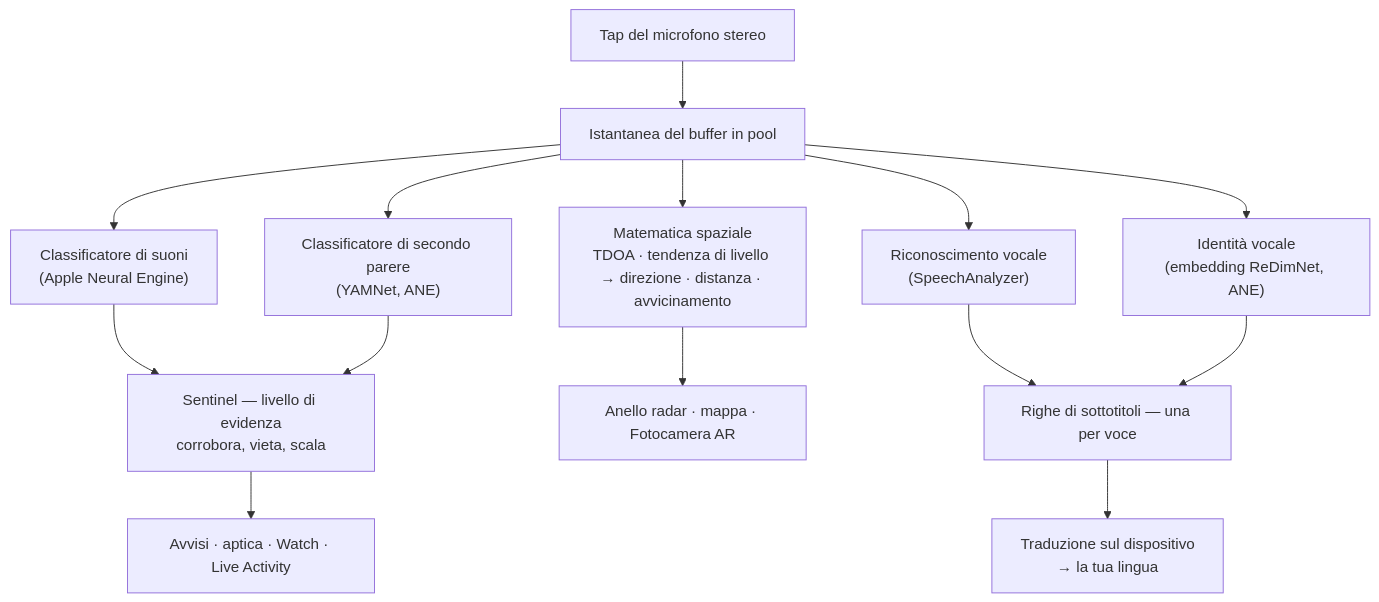
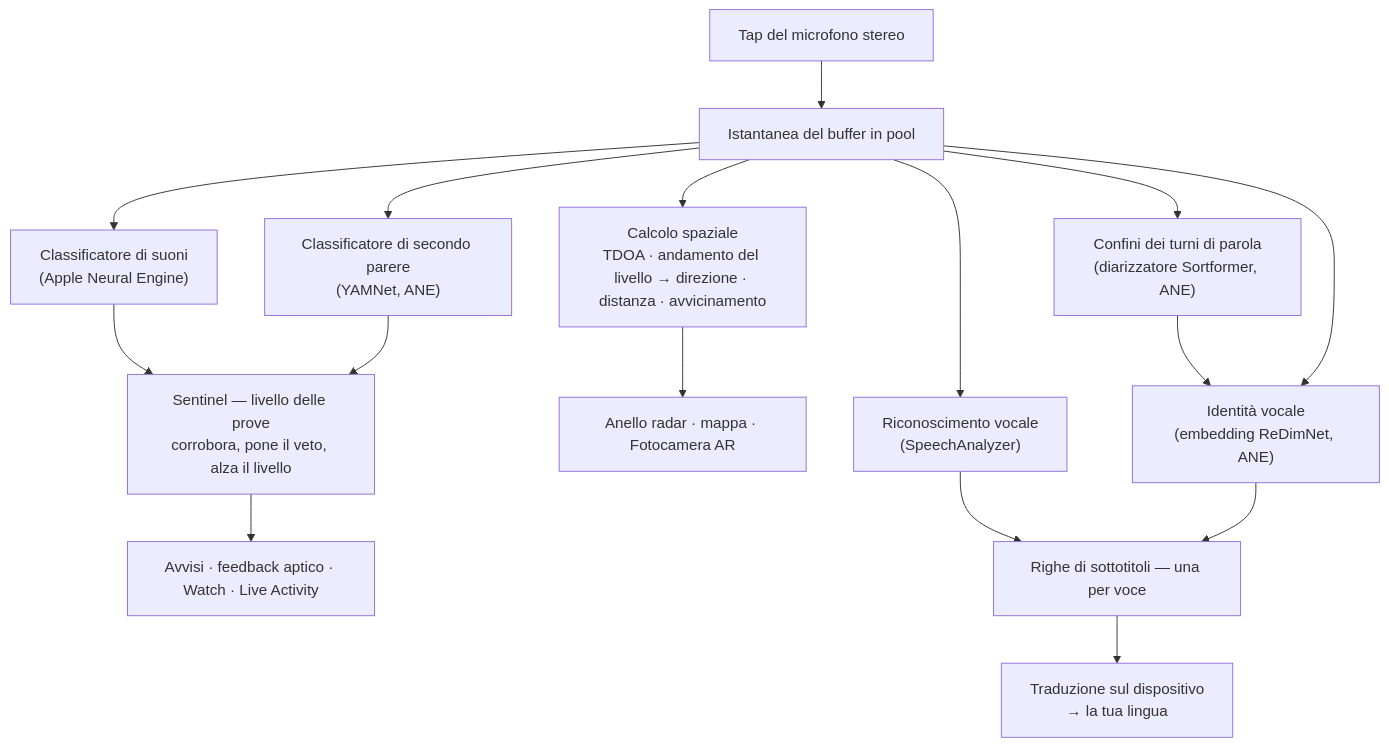
The second of 4 diagrams in README_it.md (rpalm01-star/VigilantEarLegal), drawn with Mermaid before and after one commit. The commit also changed other lines of this file and 29 other files, not shown here.

````diff
--- a/README_it.md
+++ b/README_it.md
@@ -128,16 +134,18 @@
 ```mermaid
 graph TD
     A["Tap del microfono stereo"] --> B["Istantanea del buffer in pool"]
     B --> C["Classificatore di suoni<br/>(Apple Neural Engine)"]
     B --> Y["Classificatore di secondo parere<br/>(YAMNet, ANE)"]
-    C --> S["Sentinel — livello di evidenza<br/>corrobora, vieta, scala"]
+    C --> S["Sentinel — livello delle prove<br/>corrobora, pone il veto, alza il livello"]
     Y --> S
-    S --> H["Avvisi · aptica · Watch · Live Activity"]
-    B --> D["Matematica spaziale<br/>TDOA · tendenza di livello → direzione · distanza · avvicinamento"]
+    S --> H["Avvisi · feedback aptico · Watch · Live Activity"]
+    B --> D["Calcolo spaziale<br/>TDOA · andamento del livello → direzione · distanza · avvicinamento"]
     D --> R["Anello radar · mappa · Fotocamera AR"]
     B --> F["Riconoscimento vocale<br/>(SpeechAnalyzer)"]
-    B --> E["Identità vocale<br/>(embedding ReDimNet, ANE)"]
+    B --> N["Confini dei turni di parola<br/>(diarizzatore Sortformer, ANE)"]
+    N --> E["Identità vocale<br/>(embedding ReDimNet, ANE)"]
+    B --> E
     F --> G["Righe di sottotitoli — una per voce"]
     E --> G
     G --> T["Traduzione sul dispositivo<br/>→ la tua lingua"]
 ```
````
